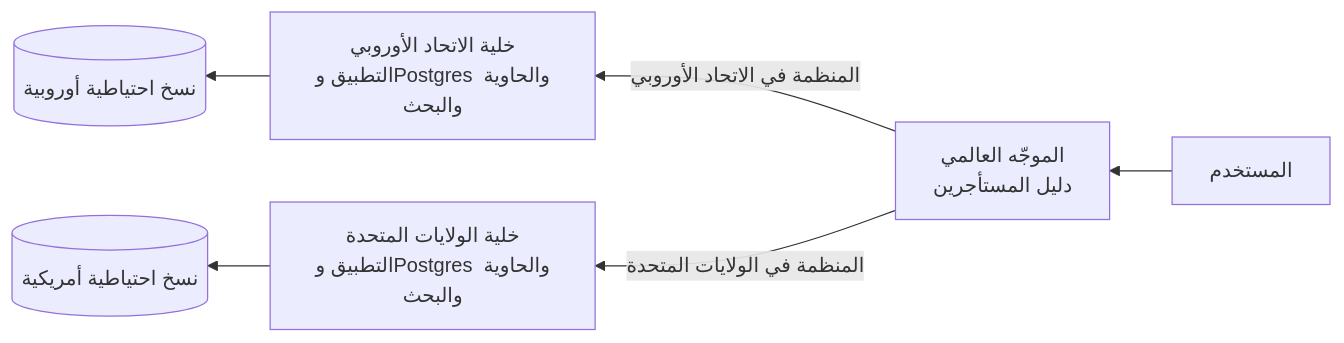
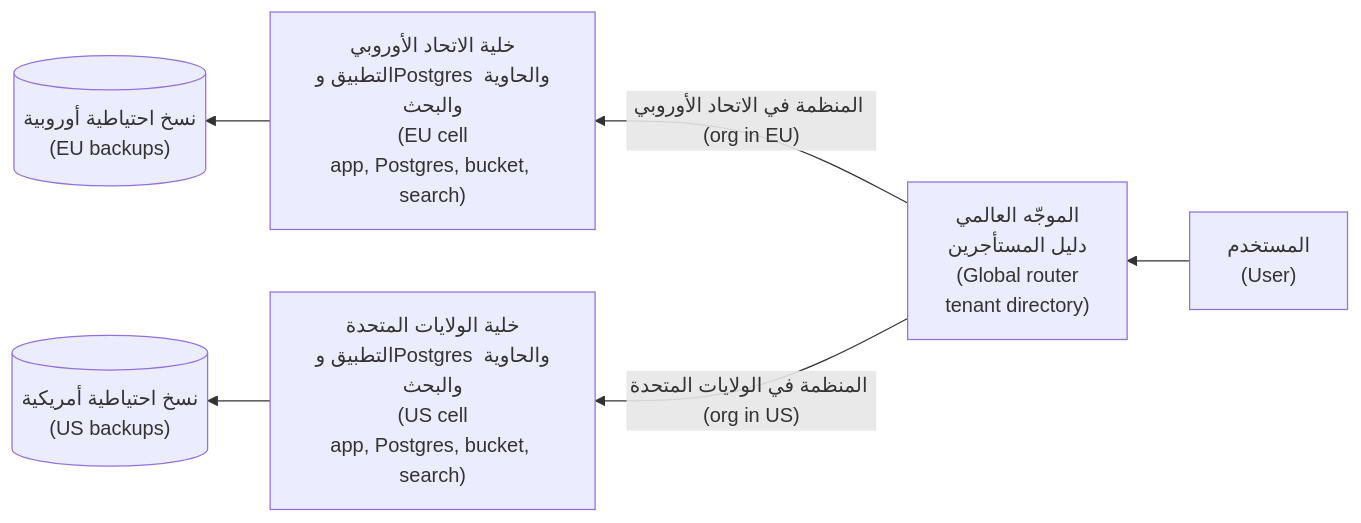
Before and after one commit to Tamoura/system-design-for-vibe-coders: the ninth of 9 diagrams in saas/modules/02-data.ar.md, drawn with Mermaid. The commit also changed other lines of this file and 62 other files, not shown here.

First line of the commit message:
Arabic editions: English on every diagram label, RTL fixes, rebuild

````diff
--- a/saas/modules/02-data.ar.md
+++ b/saas/modules/02-data.ar.md
@@ -936,8 +936,8 @@
 ```mermaid
 flowchart RL
-    U["المستخدم"] --> G["الموجّه العالمي<br/>دليل المستأجرين"]
-    G -->|"المنظمة في الاتحاد الأوروبي"| EU["خلية الاتحاد الأوروبي<br/>التطبيق وPostgres والحاوية والبحث"]
-    G -->|"المنظمة في الولايات المتحدة"| US["خلية الولايات المتحدة<br/>التطبيق وPostgres والحاوية والبحث"]
-    EU --> EUB[("نسخ احتياطية أوروبية")]
-    US --> USB[("نسخ احتياطية أمريكية")]
+    U["المستخدم<br/>(User)"] --> G["الموجّه العالمي<br/>دليل المستأجرين<br/>(Global router<br/>tenant directory)"]
+    G -->|"المنظمة في الاتحاد الأوروبي (org in EU)"| EU["خلية الاتحاد الأوروبي<br/>التطبيق وPostgres والحاوية والبحث<br/>(EU cell<br/>app, Postgres, bucket, search)"]
+    G -->|"المنظمة في الولايات المتحدة (org in US)"| US["خلية الولايات المتحدة<br/>التطبيق وPostgres والحاوية والبحث<br/>(US cell<br/>app, Postgres, bucket, search)"]
+    EU --> EUB[("نسخ احتياطية أوروبية<br/>(EU backups)")]
+    US --> USB[("نسخ احتياطية أمريكية<br/>(US backups)")]
 ```
````
